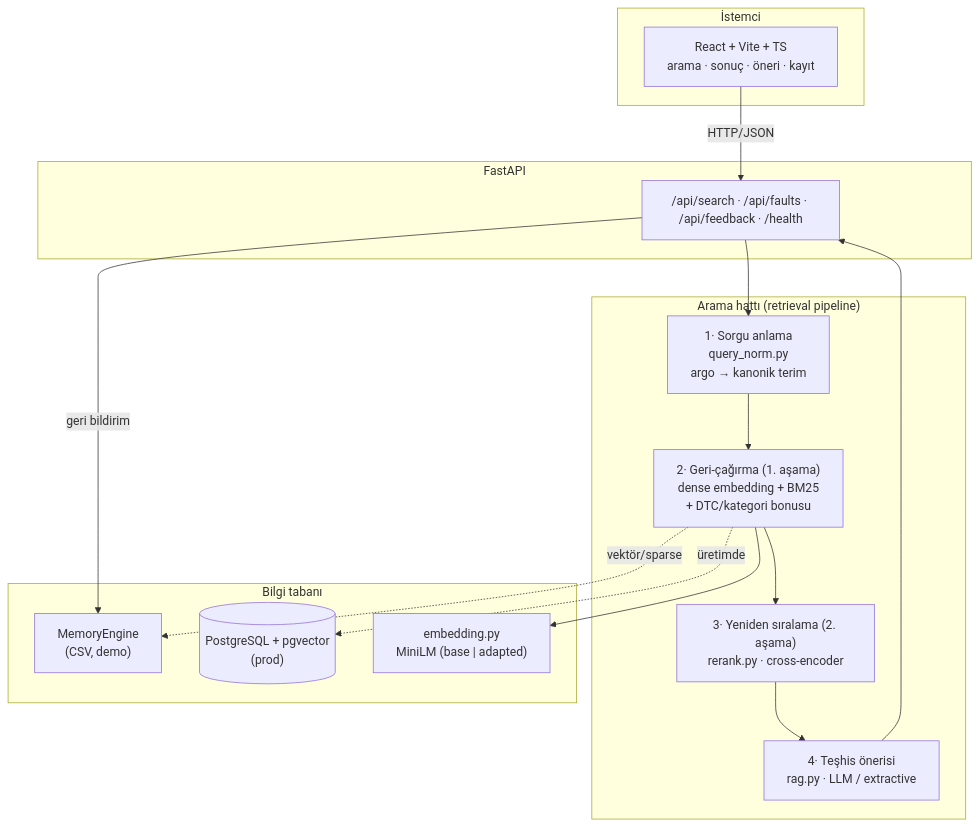
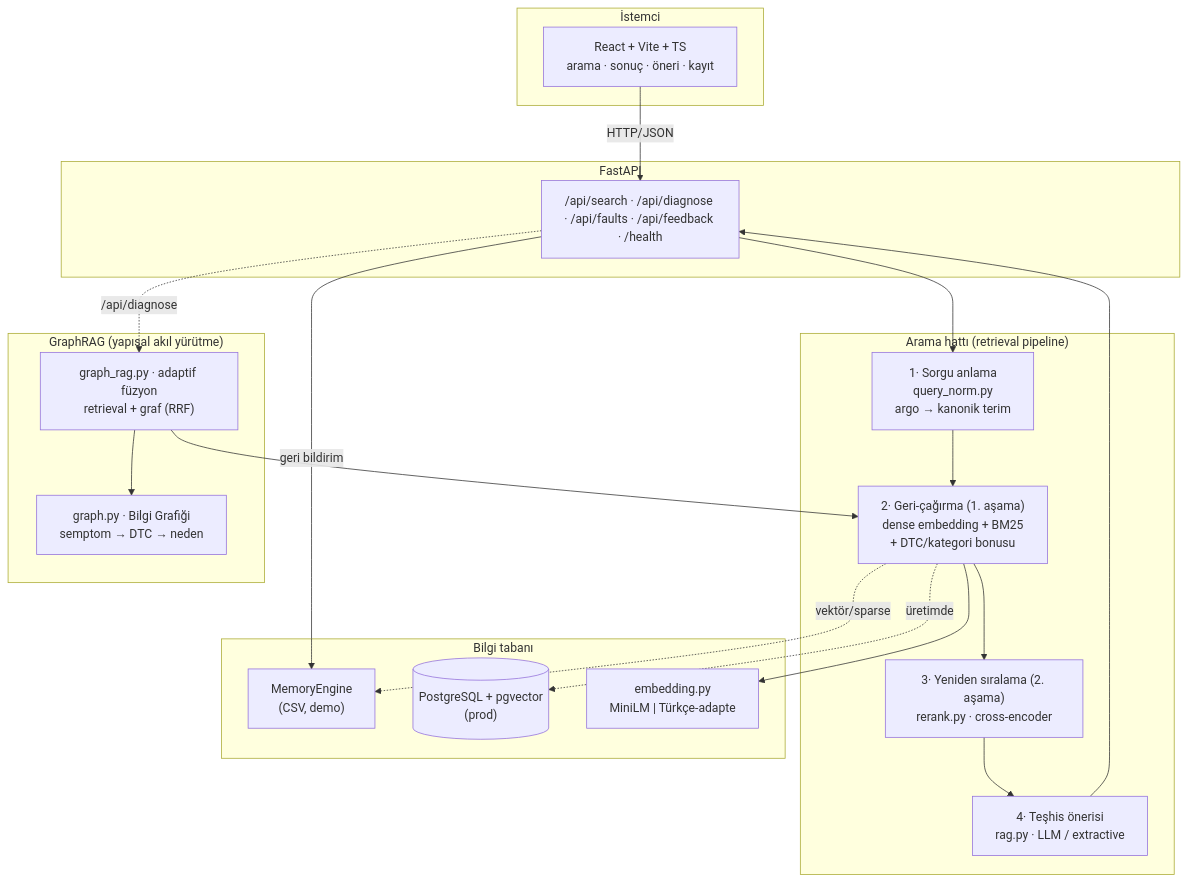
The diagram in README.md (sertacakalin/AutoDiag), drawn with Mermaid before and after one commit. The commit also changed other lines of this file and 12 other files, not shown here.

First line of the commit message:
feat(graphrag): Faz İ4+İ5 — Bilgi Grafiği + adaptif GraphRAG

````diff
--- a/README.md
+++ b/README.md
@@ -32,30 +32,38 @@
 ```mermaid
 flowchart TB
     subgraph UI["İstemci"]
         FE["React + Vite + TS<br/>arama · sonuç · öneri · kayıt"]
     end
 
     subgraph API["FastAPI"]
-        EP["/api/search · /api/faults · /api/feedback · /health"]
+        EP["/api/search · /api/diagnose · /api/faults · /api/feedback · /health"]
     end
 
     subgraph PIPE["Arama hattı (retrieval pipeline)"]
         QN["1· Sorgu anlama<br/>query_norm.py<br/>argo → kanonik terim"]
         R1["2· Geri-çağırma (1. aşama)<br/>dense embedding + BM25<br/>+ DTC/kategori bonusu"]
         R2["3· Yeniden sıralama (2. aşama)<br/>rerank.py · cross-encoder"]
         RAG["4· Teşhis önerisi<br/>rag.py · LLM / extractive"]
     end
 
+    subgraph GRAPH["GraphRAG (yapısal akıl yürütme)"]
+        KG["graph.py · Bilgi Grafiği<br/>semptom → DTC → neden"]
+        GR["graph_rag.py · adaptif füzyon<br/>retrieval + graf (RRF)"]
+    end
+
     subgraph DATA["Bilgi tabanı"]
         MEM["MemoryEngine<br/>(CSV, demo)"]
         PG[("PostgreSQL + pgvector<br/>(prod)")]
-        EMB["embedding.py<br/>MiniLM (base | adapted)"]
+        EMB["embedding.py<br/>MiniLM | Türkçe-adapte"]
     end
 
     FE -->|HTTP/JSON| EP
     EP --> QN --> R1 --> R2 --> RAG --> EP
+    EP -. /api/diagnose .-> GR
+    GR --> R1
+    GR --> KG
     R1 -. vektör/sparse .-> MEM
     R1 -. üretimde .-> PG
     R1 --> EMB
     EP -->|geri bildirim| MEM
 ```
````
